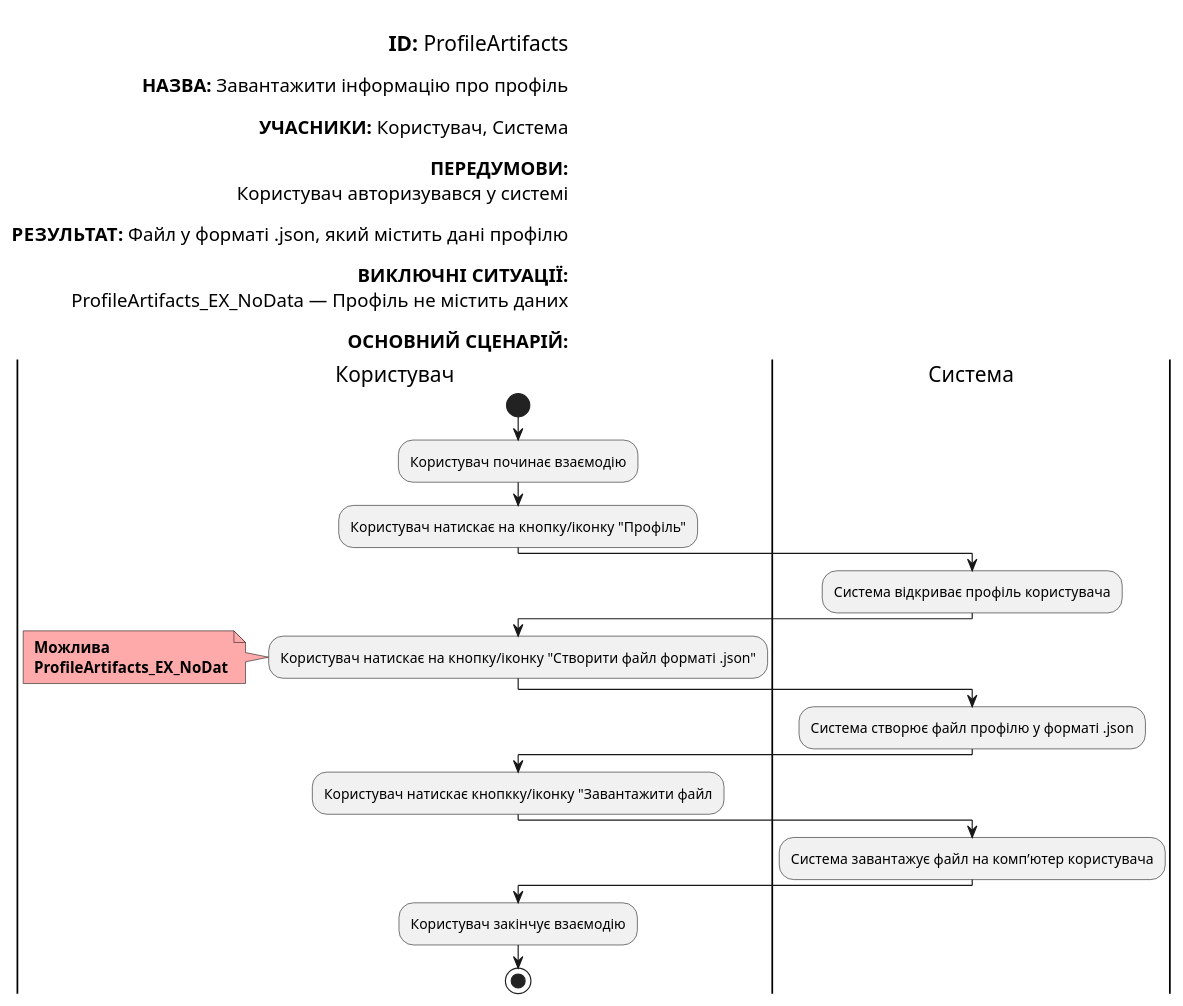
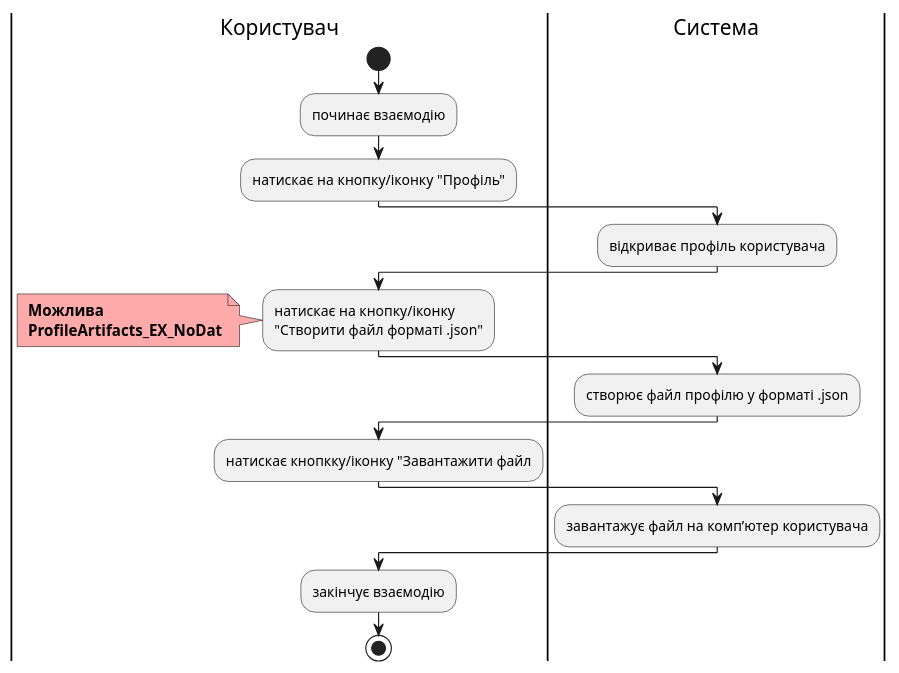
One commit to yaryna-bashchak/db_course_work changed the tenth of 24 diagrams in docs/use cases/README.md. Above: the diagram before and after it, drawn with PlantUML. The commit also changed other lines of this file, not shown here.

Commit message:
updated diagrams for user cases

```diff
--- a/docs/use cases/README.md
+++ b/docs/use cases/README.md
@@ -416,46 +408,28 @@
 @startuml
-
-    left header
-
-        <font color=000 size=18><b>ID:</b> ProfileArtifacts
-
-        <font color=000 size=16><b>НАЗВА:</b> Завантажити інформацію про профіль
-
-        <font color=000 size=16><b>УЧАСНИКИ:</b> Користувач, Система
-
-        <font color=000 size=16><b>ПЕРЕДУМОВИ:</b> 
-        <font color=000 size=16>Користувач авторизувався у системі
-
-        <font color=000 size=16><b>РЕЗУЛЬТАТ:</b> Файл у форматі .json, який містить дані профілю
-        
-        <font color=000 size=16><b>ВИКЛЮЧНІ СИТУАЦІЇ:</b>
-        <font color=000 size=16> ProfileArtifacts_EX_NoData — Профіль не містить даних
-
-        <font color=000 size=16><b>ОСНОВНИЙ СЦЕНАРІЙ:</b>
-    end header
 
     |Користувач|
         start
-        :Користувач починає взаємодію;
+        :починає взаємодію;
         
-        :Користувач натискає на кнопку/іконку "Профіль";
+        :натискає на кнопку/іконку "Профіль";
     |Система|
-        :Система відкриває профіль користувача;
+        :відкриває профіль користувача;
     |Користувач|
-        :Користувач натискає на кнопку/іконку "Створити файл форматі .json";
+        :натискає на кнопку/іконку 
+        "Створити файл форматі .json";
         note left #ffaaaa
         <b> Можлива
         <b> ProfileArtifacts_EX_NoDat
         end note 
     |Система|
-        :Система створює файл профілю у форматі .json;
+        :створює файл профілю у форматі .json;
     |Користувач|
-        :Користувач натискає кнопкку/іконку "Завантажити файл; 
+        :натискає кнопкку/іконку "Завантажити файл; 
     |Система|
-        :Система завантажує файл на комп’ютер користувача;
+        :завантажує файл на комп’ютер користувача;
     |Користувач|
-        :Користувач закінчує взаємодію;
+        :закінчує взаємодію;
 
         stop;
 
 @enduml
```
